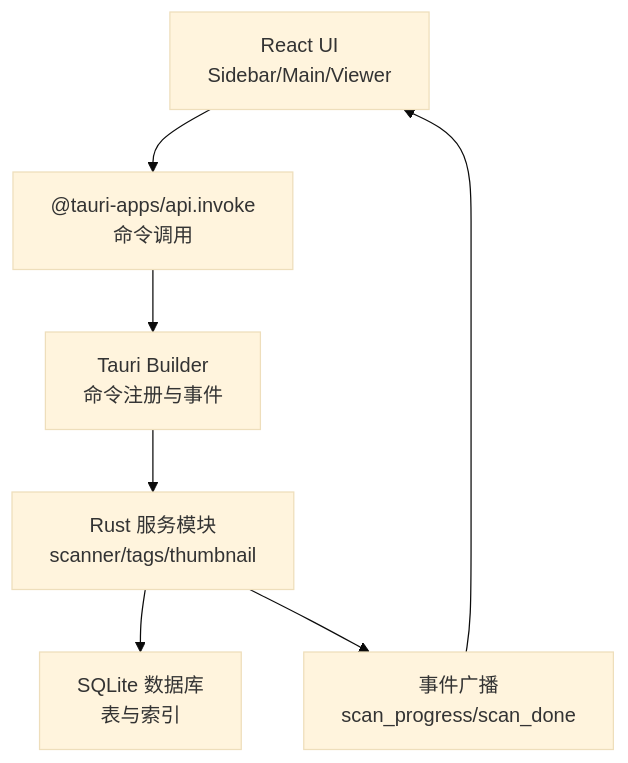
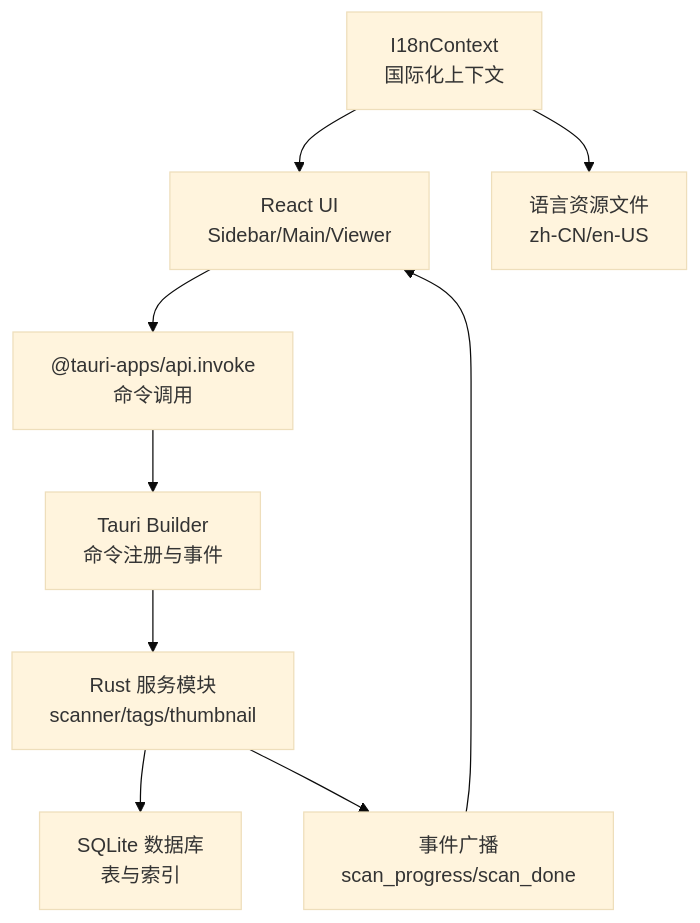
One commit to YLee9527/Medex changed the second of 13 diagrams in doc/repowiki/zh/content/架构设计/架构设计.md. Above: the diagram before and after it, drawn with Mermaid (base theme). The commit also changed other lines of this file and 31 other files, not shown here.

First line of the commit message:
docs(doc): 添加部署脚本、锁屏功能、发布指南及设置按钮图标文档

````diff
--- a/doc/repowiki/zh/content/架构设计/架构设计.md
+++ b/doc/repowiki/zh/content/架构设计/架构设计.md
@@ -116,9 +128,11 @@
 ```mermaid
 graph TB
 UI["React UI<br/>Sidebar/Main/Viewer"] --> Invoke["@tauri-apps/api.invoke<br/>命令调用"]
 Invoke --> Tauri["Tauri Builder<br/>命令注册与事件"]
 Tauri --> Services["Rust 服务模块<br/>scanner/tags/thumbnail"]
 Services --> DB["SQLite 数据库<br/>表与索引"]
 Services --> Emit["事件广播<br/>scan_progress/scan_done"]
 Emit --> UI
+I18n["I18nContext<br/>国际化上下文"] --> UI
+I18n --> Resources["语言资源文件<br/>zh-CN/en-US"]
 ```
````
